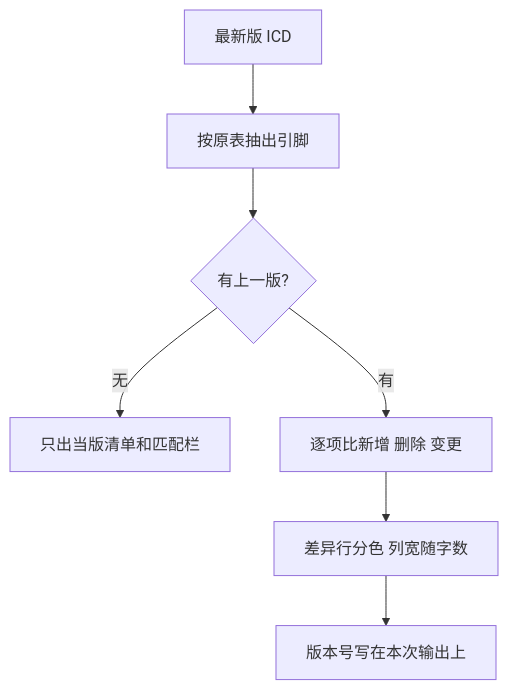
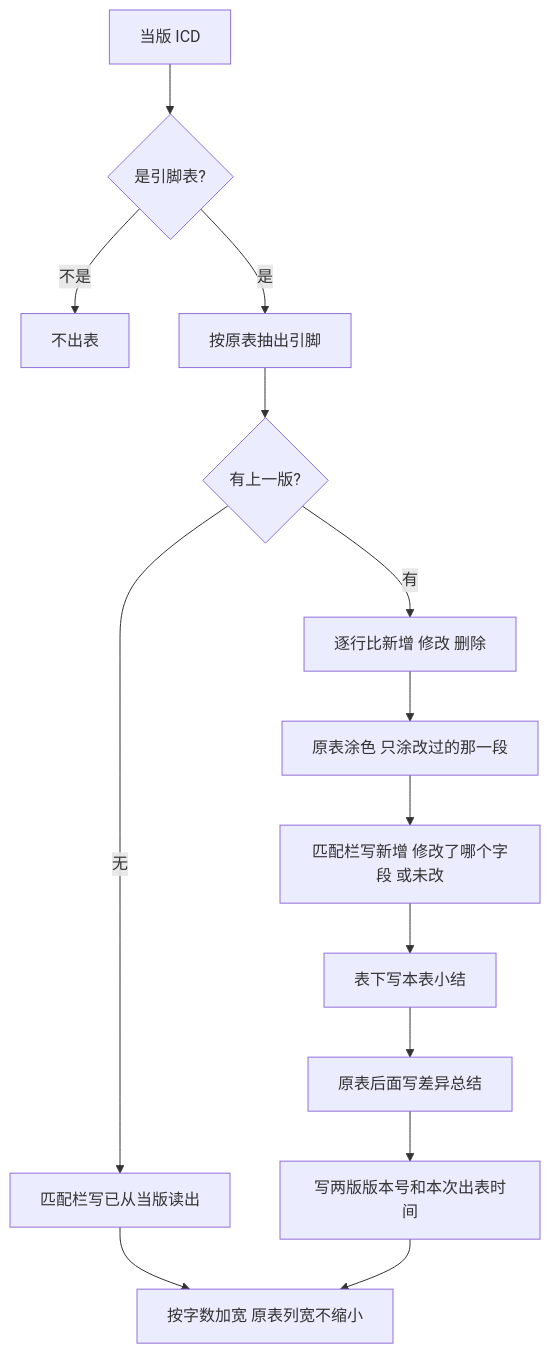
One commit to wang049/qibiao changed the fourth of 4 diagrams in docs/出表流程.md. Above: the diagram before and after it, drawn with Mermaid. The commit also changed other lines of this file and 30 other files, not shown here.

Commit message:
有原理图时按 DHTE400 发布稿归档，只改对上的格子并保持原表能直接用。ICD 在原表写明和上一版的关系，流程图按实际出表步骤写清。

````diff
--- a/docs/出表流程.md
+++ b/docs/出表流程.md
@@ -70,9 +77,16 @@
 ```mermaid
 flowchart TD
-  A[最新版 ICD] --> B[按原表抽出引脚]
-  B --> C{有上一版?}
-  C -->|无| D[只出当版清单和匹配栏]
-  C -->|有| E[逐项比新增 删除 变更]
-  E --> F[差异行分色 列宽随字数]
-  F --> G[版本号写在本次输出上]
+  A[当版 ICD] --> B{是引脚表?}
+  B -->|不是| Z[不出表]
+  B -->|是| C[按原表抽出引脚]
+  C --> D{有上一版?}
+  D -->|无| E[匹配栏写已从当版读出]
+  D -->|有| F[逐行比新增 修改 删除]
+  F --> G[原表涂色 只涂改过的那一段]
+  G --> H[匹配栏写新增 修改了哪个字段 或未改]
+  H --> I[表下写本表小结]
+  I --> J[原表后面写差异总结]
+  J --> K[写两版版本号和本次出表时间]
+  E --> L[按字数加宽 原表列宽不缩小]
+  K --> L
 ```
````
